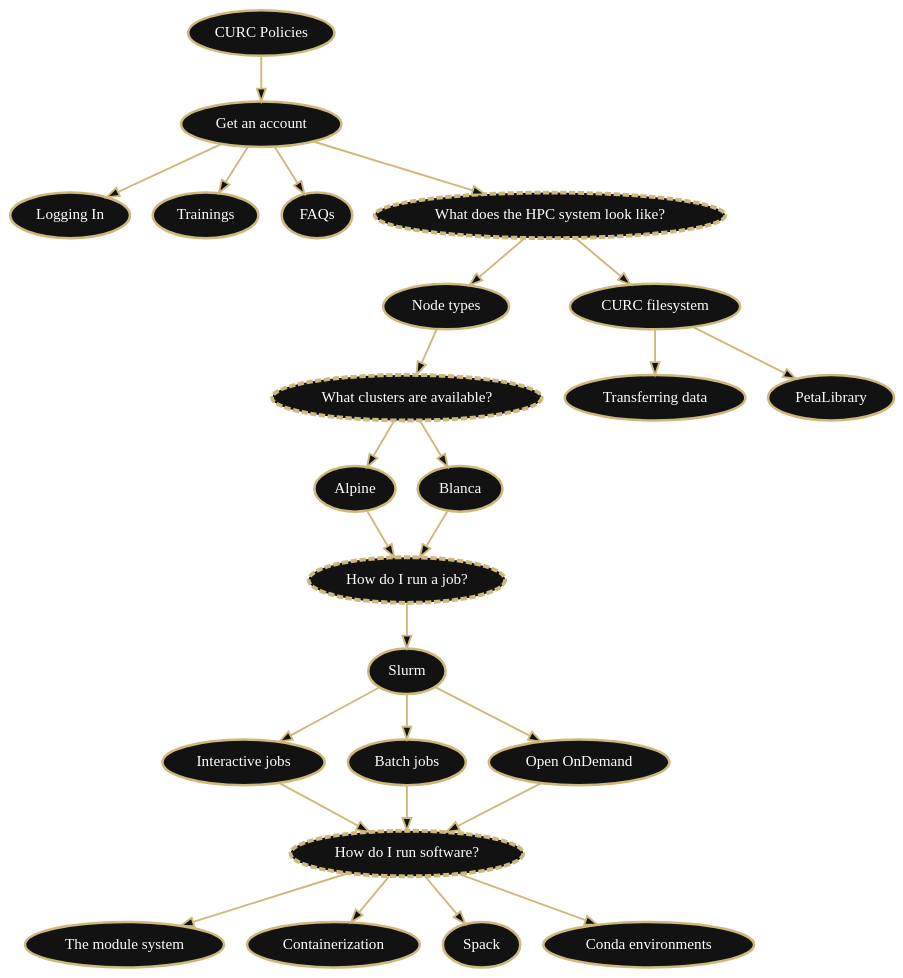
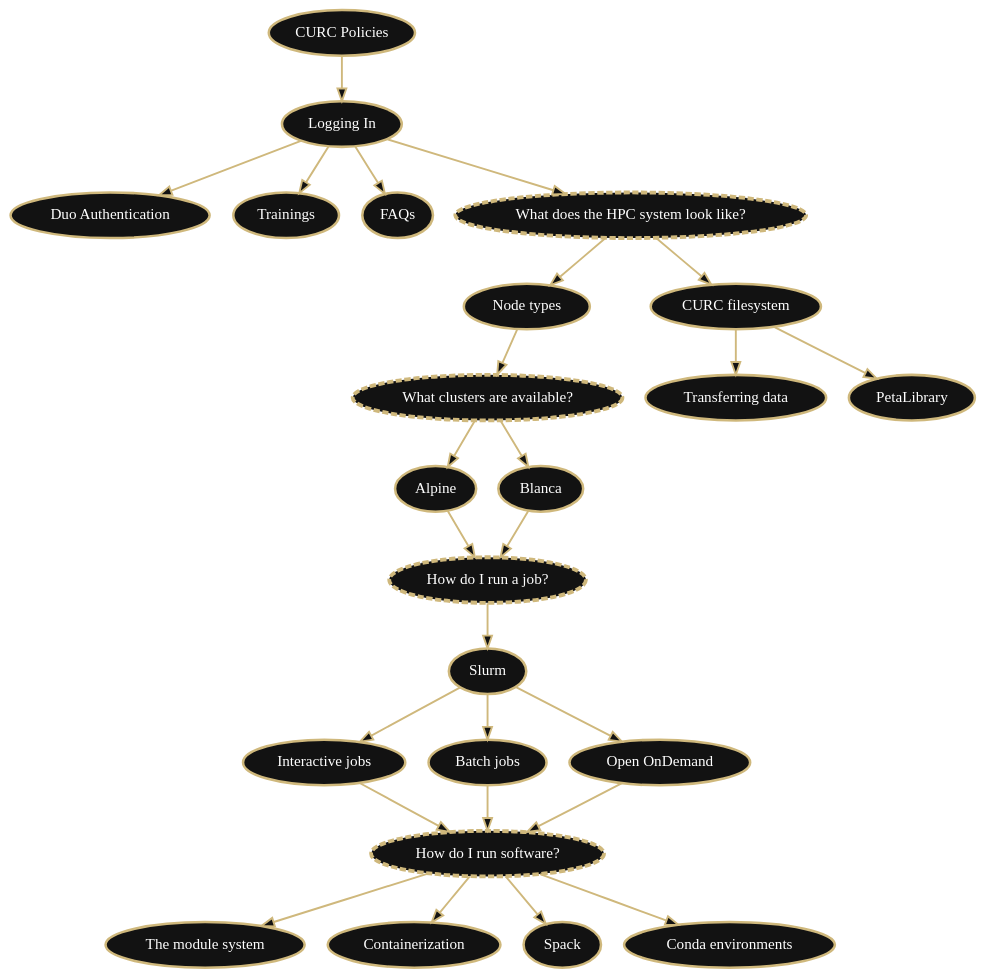
One commit to ResearchComputing/Documentation changed the diagram in igraphviz_flowcharts/dot_files/getting_started_hpc_flowchart.dot. Above: the diagram before and after it, drawn with Graphviz. The commit also changed 2 other files, not shown here.

Commit message:
reformat the logging in page and work on the getting a CURC account sub section

```diff
--- a/igraphviz_flowcharts/dot_files/getting_started_hpc_flowchart.dot
+++ b/igraphviz_flowcharts/dot_files/getting_started_hpc_flowchart.dot
@@ -1,57 +1,57 @@
 digraph "" {
          bgcolor="transparent";
          ranksep="0.5 equally";
          graph [id="gs-flowchart"];
          node [fontname="Verdana", fontsize="12", color="#CFB87C", style="filled", fillcolor="#121212", penwidth="2", fontcolor="white"];
          edge [color="#CFB87C", fillcolor="#121212", penwidth="1.5"];
 
-         policies [label="CURC Policies", href="./additional-resources/policies.html", target="_blank", id="clickable"];
-         get_an_account [label="Get an account", href="./access/logging-in.html", target="_blank", id="clickable"];
-         logging_in [label="Logging In", href="./access/logging-in.html", target="_blank", id="clickable"];
-         training [label="Trainings", href="./access/logging-in.html", target="_blank", id="clickable"];
-         faq [label="FAQs", href="./access/logging-in.html", target="_blank", id="clickable"];
+         policies [label="CURC Policies", href="../additional-resources/policies.html", target="_blank", id="clickable"];
+         logging_in [label="Logging In", href="../access/logging-in.html", target="_blank", id="clickable"];
+         duo [label="Duo Authentication", href="../access/duo-2-factor-authentication.html", target="_blank", id="clickable"];
+         training [label="Trainings", href="../access/logging-in.html", target="_blank", id="clickable"];
+         faq [label="FAQs", href="../access/logging-in.html", target="_blank", id="clickable"];
          compute_env [label="What does the HPC system look like?", style="filled,dashed", penwidth="3"];
          running_jobs [label="How do I run a job?", style="filled,dashed", penwidth="3"];
          clusters [label="What clusters are available?", style="filled,dashed", penwidth="3"];
-         node_type [label="Node types", href="./compute/node-types.html", target="_blank", id="clickable"];
-         filesystem [label="CURC filesystem", href="./compute/filesystems.html", target="_blank", id="clickable"];
-         data_transfer [label="Transferring data", href="./compute/data-transfer.html", target="_blank", id="clickable"];
-         petalibrary [label="PetaLibrary", href="./storage/petalibrary/index.html", target="_blank", id="clickable"];
-         alpine [label="Alpine", href="./clusters/alpine/index.html", target="_blank", id="clickable"];
-         blanca [label="Blanca", href="./clusters/blanca/blanca.html", target="_blank", id="clickable"];
-         slurm [label="Slurm", href="./running-jobs/job-resources.html", target="_blank", id="clickable"];
-         interactive [label="Interactive jobs", href="./running-jobs/interactive-jobs.html", target="_blank", id="clickable"];
-         batch [label="Batch jobs", href="./running-jobs/batch-jobs.html", target="_blank", id="clickable"];
-         ood [label="Open OnDemand", href="./open_ondemand/index.html", target="_blank", id="clickable"];
+         node_type [label="Node types", href="../compute/node-types.html", target="_blank", id="clickable"];
+         filesystem [label="CURC filesystem", href="../compute/filesystems.html", target="_blank", id="clickable"];
+         data_transfer [label="Transferring data", href="../compute/data-transfer.html", target="_blank", id="clickable"];
+         petalibrary [label="PetaLibrary", href="../storage/petalibrary/index.html", target="_blank", id="clickable"];
+         alpine [label="Alpine", href="../clusters/alpine/index.html", target="_blank", id="clickable"];
+         blanca [label="Blanca", href="../clusters/blanca/blanca.html", target="_blank", id="clickable"];
+         slurm [label="Slurm", href="../running-jobs/job-resources.html", target="_blank", id="clickable"];
+         interactive [label="Interactive jobs", href="../running-jobs/interactive-jobs.html", target="_blank", id="clickable"];
+         batch [label="Batch jobs", href="../running-jobs/batch-jobs.html", target="_blank", id="clickable"];
+         ood [label="Open OnDemand", href="../open_ondemand/index.html", target="_blank", id="clickable"];
          using_software [label="How do I run software?", style="filled,dashed", penwidth="3"];
-         modules [label="The module system", href="./compute/modules.html", target="_blank", id="clickable"];
-         container [label="Containerization", href="./software/containerization.html", target="_blank", id="clickable"];
-         spack [label="Spack", href="./software/spack.html", target="_blank", id="clickable"];
-         conda [label="Conda environments", href="./software/python.html", target="_blank", id="clickable"];
+         modules [label="The module system", href="../compute/modules.html", target="_blank", id="clickable"];
+         container [label="Containerization", href="../software/containerization.html", target="_blank", id="clickable"];
+         spack [label="Spack", href="../software/spack.html", target="_blank", id="clickable"];
+         conda [label="Conda environments", href="../software/python.html", target="_blank", id="clickable"];
 
-         policies -> get_an_account; 
-         get_an_account -> logging_in;
-         get_an_account -> training;
-         get_an_account -> faq;
-         get_an_account -> compute_env;
+         policies -> logging_in; 
+         logging_in -> duo; 
+         logging_in -> training;
+         logging_in -> faq;
+         logging_in -> compute_env;
          compute_env -> node_type;
          compute_env -> filesystem;
          filesystem -> data_transfer;
          filesystem -> petalibrary;
          node_type -> clusters;
          clusters -> alpine;
          clusters -> blanca;
          alpine -> running_jobs;
          blanca -> running_jobs;
          running_jobs -> slurm;
          slurm -> interactive;
          slurm -> batch;
          slurm -> ood;
          interactive -> using_software;
          batch -> using_software;
          ood -> using_software;
          using_software -> modules;
          using_software -> container;
          using_software -> spack;
          using_software -> conda;
      }
```
